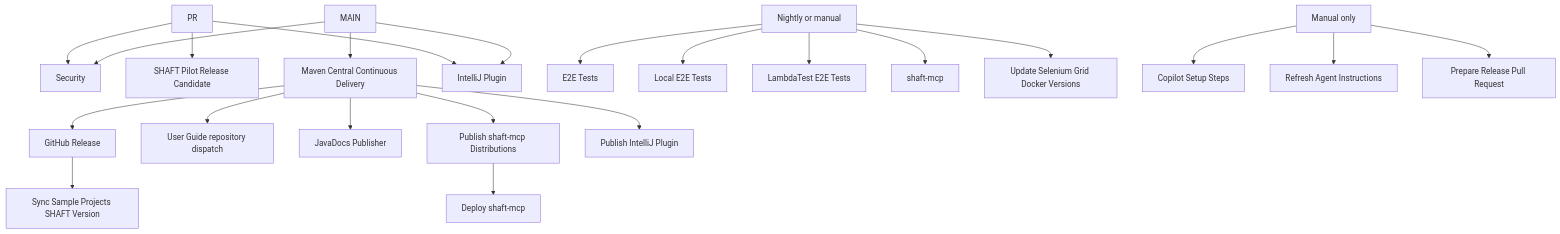
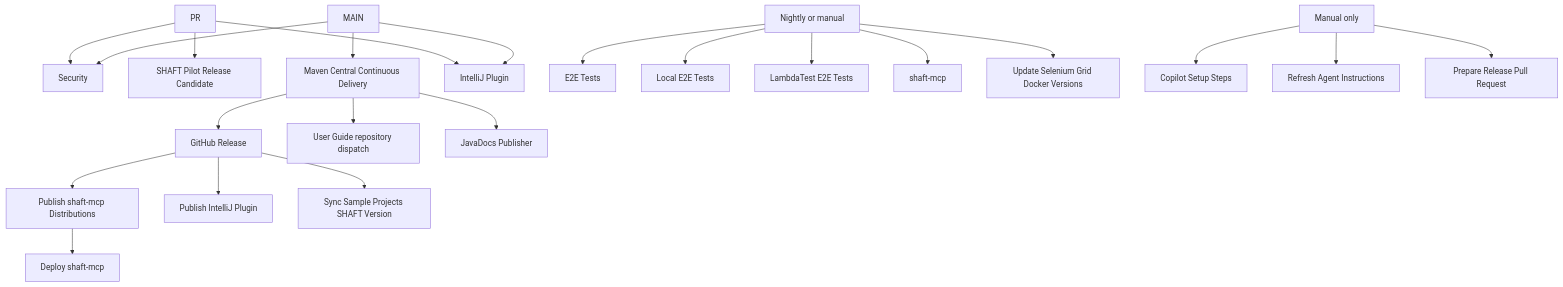
The diagram in .github/workflows/README.md (ShaftHQ/SHAFT_ENGINE), drawn with Mermaid before and after one commit. The commit also changed other lines of this file and 10 other files, not shown here.

````diff
--- a/.github/workflows/README.md
+++ b/.github/workflows/README.md
@@ -8,28 +8,28 @@
 ```mermaid
 flowchart TD
   PR --> SEC["Security"]
   PR --> PILOT["SHAFT Pilot Release Candidate"]
 
   MAIN --> SEC
   MAIN --> CD["Maven Central Continuous Delivery"]
   PR --> IDEA["IntelliJ Plugin"]
   MAIN --> IDEA
 
   CD --> REL["GitHub Release"]
   CD --> DOCS["User Guide repository dispatch"]
   CD --> JAVADOCS["JavaDocs Publisher"]
-  CD --> MCP_PUBLISH["Publish shaft-mcp Distributions"]
-  CD --> IDEA_PUBLISH["Publish IntelliJ Plugin"]
+  REL --> MCP_PUBLISH["Publish shaft-mcp Distributions"]
+  REL --> IDEA_PUBLISH["Publish IntelliJ Plugin"]
   MCP_PUBLISH --> MCP_DEPLOY["Deploy shaft-mcp"]
   REL --> SAMPLES["Sync Sample Projects SHAFT Version"]
 
   NIGHTLY["Nightly or manual"] --> E2E["E2E Tests"]
   NIGHTLY --> LOCAL_E2E["Local E2E Tests"]
   NIGHTLY --> LT["LambdaTest E2E Tests"]
   NIGHTLY --> MCP_TEST["shaft-mcp"]
   NIGHTLY --> GRID["Update Selenium Grid Docker Versions"]
 
   MANUAL["Manual only"] --> COPILOT["Copilot Setup Steps"]
   MANUAL --> AGENTS["Refresh Agent Instructions"]
   MANUAL --> RELEASE_PR["Prepare Release Pull Request"]
 ```
````
